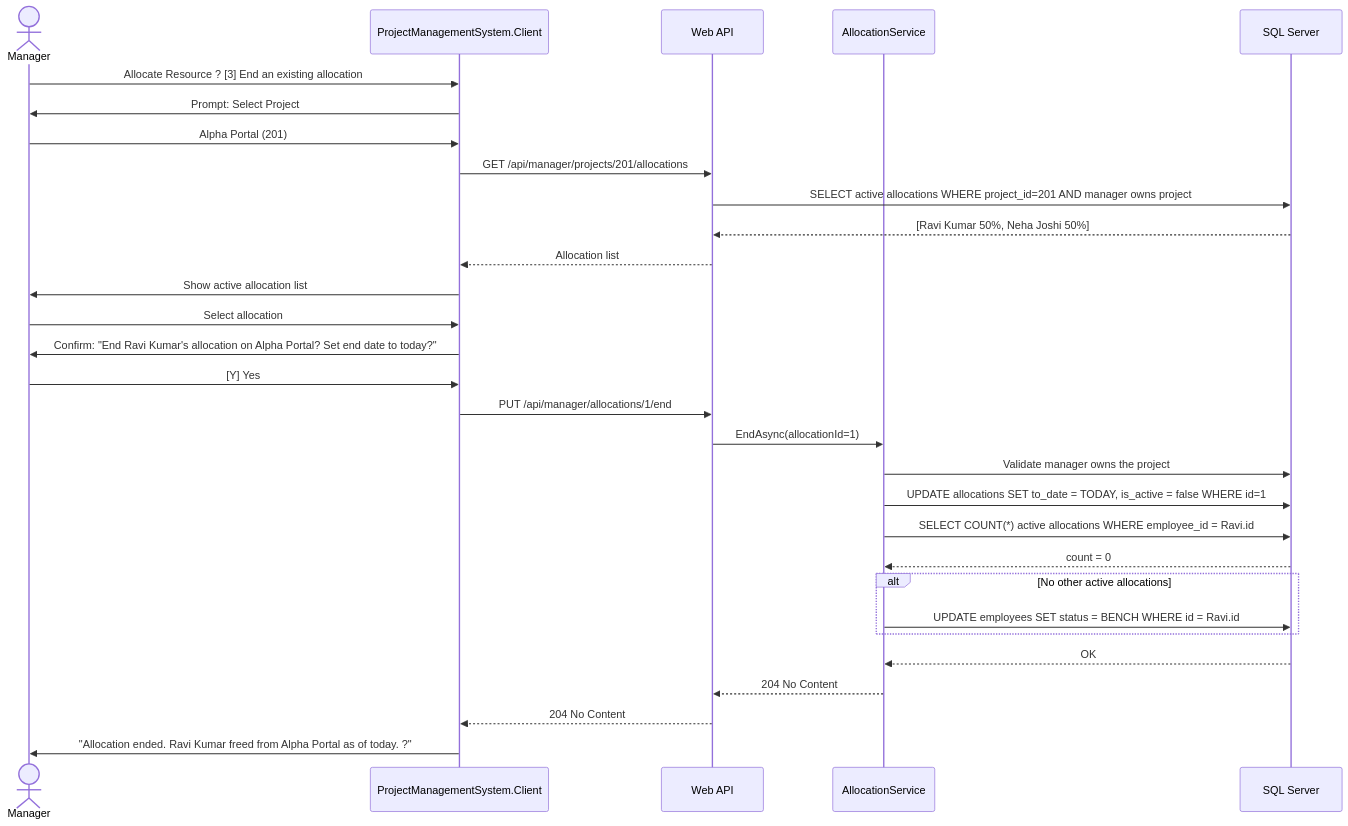
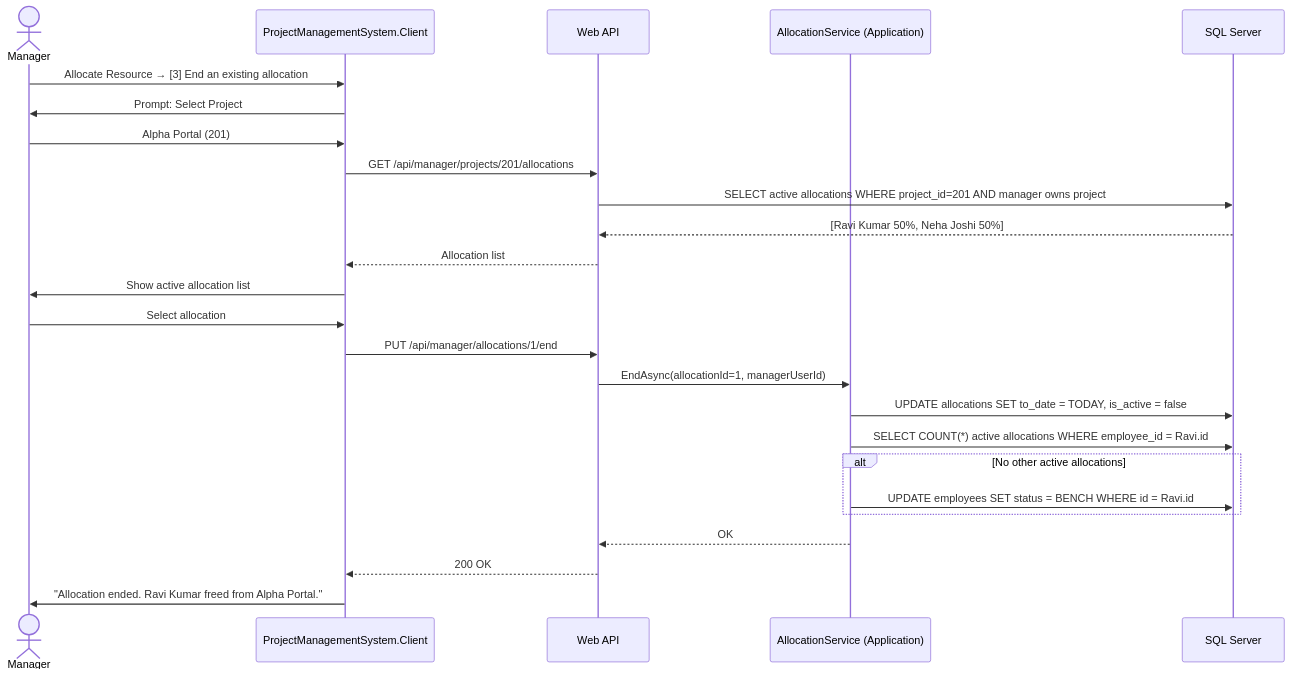
The eighth of 14 diagrams in docs/Solution/Sequence_Diagram.md (HariAdk/PRM), drawn with Mermaid before and after one commit. The commit also changed other lines of this file and 21 other files, not shown here.

Commit message:
Updated diagrams

````diff
--- a/docs/Solution/Sequence_Diagram.md
+++ b/docs/Solution/Sequence_Diagram.md
@@ -300,38 +307,32 @@
 ```mermaid
 sequenceDiagram
     actor Manager
     participant Client    as ProjectManagementSystem.Client
     participant API       as Web API
-    participant AllocSvc  as AllocationService
+    participant AllocSvc  as AllocationService (Application)
     participant DB        as SQL Server
 
-    Manager->>Client: Allocate Resource ? [3] End an existing allocation
+    Manager->>Client: Allocate Resource → [3] End an existing allocation
     Client->>Manager: Prompt: Select Project
     Manager->>Client: Alpha Portal (201)
 
     Client->>API: GET /api/manager/projects/201/allocations
     API->>DB: SELECT active allocations WHERE project_id=201 AND manager owns project
     DB-->>API: [Ravi Kumar 50%, Neha Joshi 50%]
     API-->>Client: Allocation list
     Client->>Manager: Show active allocation list
 
-    Manager->>Client: Select allocation #1 (Ravi Kumar)
-    Client->>Manager: Confirm: "End Ravi Kumar's allocation on Alpha Portal? Set end date to today?"
-    Manager->>Client: [Y] Yes
-
+    Manager->>Client: Select allocation #1 (Ravi Kumar) → Confirm
     Client->>API: PUT /api/manager/allocations/1/end
-    API->>AllocSvc: EndAsync(allocationId=1)
-    AllocSvc->>DB: Validate manager owns the project
-    AllocSvc->>DB: UPDATE allocations SET to_date = TODAY, is_active = false WHERE id=1
+    API->>AllocSvc: EndAsync(allocationId=1, managerUserId)
+    AllocSvc->>DB: UPDATE allocations SET to_date = TODAY, is_active = false
     AllocSvc->>DB: SELECT COUNT(*) active allocations WHERE employee_id = Ravi.id
-    DB-->>AllocSvc: count = 0
 
     alt No other active allocations
         AllocSvc->>DB: UPDATE employees SET status = BENCH WHERE id = Ravi.id
     end
 
-    DB-->>AllocSvc: OK
-    AllocSvc-->>API: 204 No Content
-    API-->>Client: 204 No Content
-    Client->>Manager: "Allocation ended. Ravi Kumar freed from Alpha Portal as of today. ?"
+    AllocSvc-->>API: OK
+    API-->>Client: 200 OK
+    Client->>Manager: "Allocation ended. Ravi Kumar freed from Alpha Portal."
 ```
````
